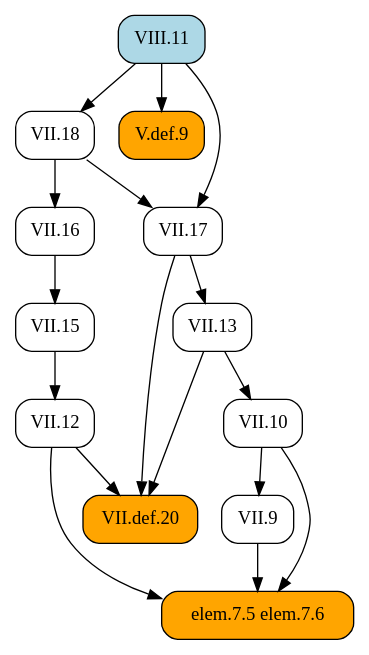
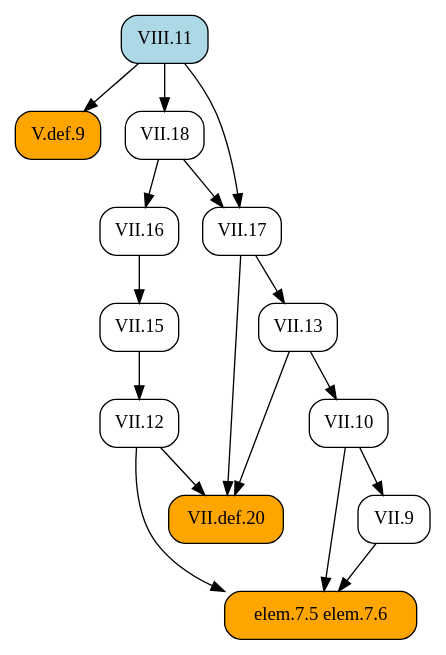
One commit to geometor/elements changed the diagram in docsrc/heath/VIII/11/index.rst. Above: the diagram before and after it, drawn with Graphviz. The commit also changed other lines of this file and 1029 other files, not shown here.

```diff
--- a/docsrc/heath/VIII/11/index.rst
+++ b/docsrc/heath/VIII/11/index.rst
@@ -52,34 +52,34 @@
 .. graphviz::
 
    digraph {
      rankdir="TB";
      node [shape=box, style=rounded];
+     "elem.7.5 elem.7.6" [style="rounded,filled", fillcolor=orange];
+     "V.def.9" [style="rounded,filled", fillcolor=orange, URL="/heath/V/def.9/", target="_top"];
+     "VII.10" [URL="/heath/VII/10/", target="_top"];
+     "VII.9" [URL="/heath/VII/9/", target="_top"];
+     "VII.18" [URL="/heath/VII/18/", target="_top"];
+     "VII.13" [URL="/heath/VII/13/", target="_top"];
+     "VIII.11" [style="rounded,filled", fillcolor=lightblue, URL="/heath/VIII/11/", target="_top"];
+     "VII.16" [URL="/heath/VII/16/", target="_top"];
+     "VII.12" [URL="/heath/VII/12/", target="_top"];
      "VII.15" [URL="/heath/VII/15/", target="_top"];
-     "VII.12" [URL="/heath/VII/12/", target="_top"];
-     "VIII.11" [style="rounded,filled", fillcolor=lightblue, URL="/heath/VIII/11/", target="_top"];
-     "VII.9" [URL="/heath/VII/9/", target="_top"];
      "VII.def.20" [style="rounded,filled", fillcolor=orange, URL="/heath/VII/def.20/", target="_top"];
-     "elem.7.5 elem.7.6" [style="rounded,filled", fillcolor=orange];
-     "VII.16" [URL="/heath/VII/16/", target="_top"];
-     "VII.13" [URL="/heath/VII/13/", target="_top"];
-     "VII.10" [URL="/heath/VII/10/", target="_top"];
-     "VII.18" [URL="/heath/VII/18/", target="_top"];
-     "V.def.9" [style="rounded,filled", fillcolor=orange, URL="/heath/V/def.9/", target="_top"];
      "VII.17" [URL="/heath/VII/17/", target="_top"];
+     "VII.9" -> "elem.7.5 elem.7.6";
+     "VII.10" -> "elem.7.5 elem.7.6";
+     "VII.12" -> "elem.7.5 elem.7.6";
+     "VIII.11" -> "V.def.9";
+     "VII.13" -> "VII.10";
+     "VII.10" -> "VII.9";
+     "VIII.11" -> "VII.18";
+     "VII.17" -> "VII.13";
+     "VII.18" -> "VII.16";
+     "VII.15" -> "VII.12";
      "VII.16" -> "VII.15";
-     "VII.15" -> "VII.12";
-     "VII.10" -> "VII.9";
      "VII.12" -> "VII.def.20";
      "VII.13" -> "VII.def.20";
      "VII.17" -> "VII.def.20";
-     "VII.9" -> "elem.7.5 elem.7.6";
-     "VII.10" -> "elem.7.5 elem.7.6";
-     "VII.12" -> "elem.7.5 elem.7.6";
-     "VII.18" -> "VII.16";
-     "VII.17" -> "VII.13";
-     "VII.13" -> "VII.10";
-     "VIII.11" -> "VII.18";
-     "VIII.11" -> "V.def.9";
      "VII.18" -> "VII.17";
      "VIII.11" -> "VII.17";
    }
```
